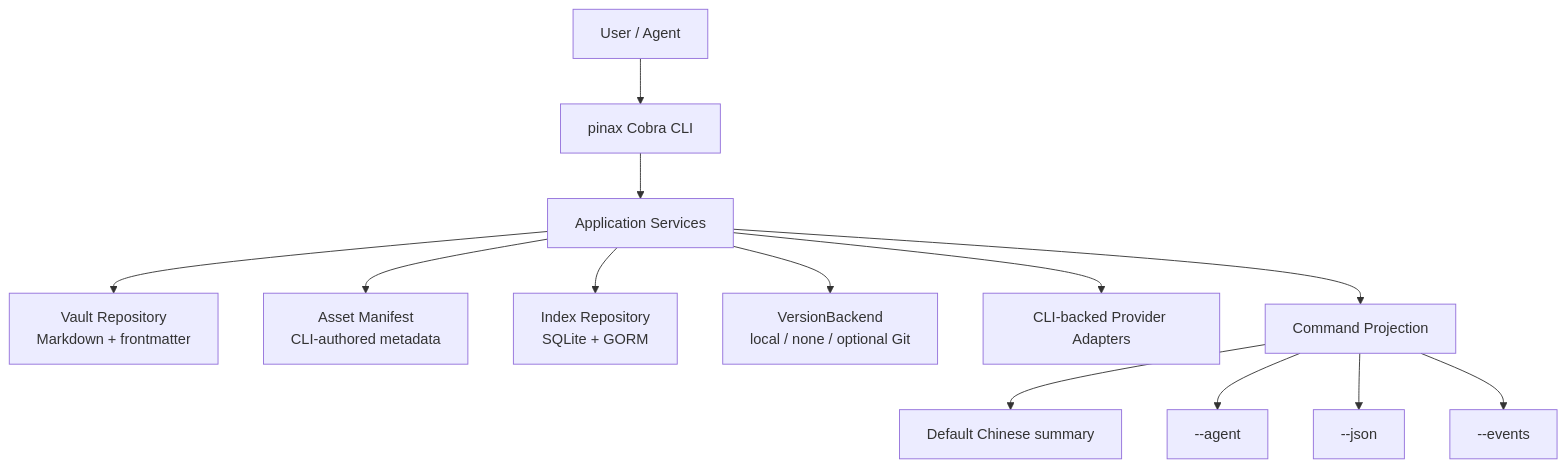
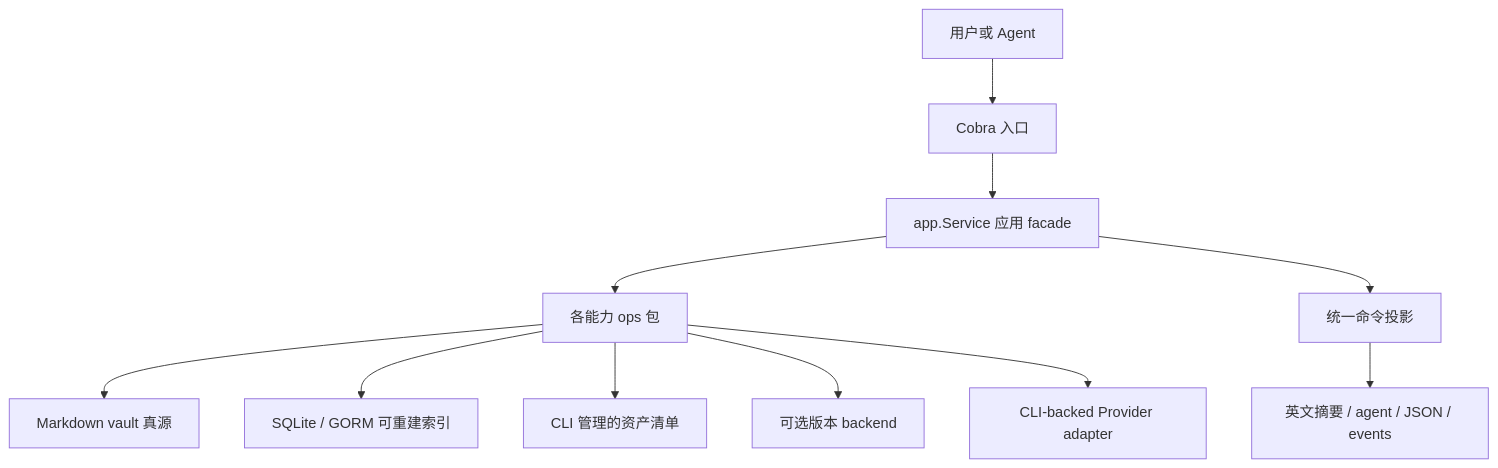
The diagram in docs/architecture/architecture-boundaries.md (yeisme/pinax), drawn with Mermaid before and after one commit. The commit also changed other lines of this file and 119 other files, not shown here.

````diff
--- a/docs/architecture/architecture-boundaries.md
+++ b/docs/architecture/architecture-boundaries.md
@@ -3,15 +3,13 @@
 ```mermaid
 flowchart TD
-  U[User / Agent] --> CLI[pinax Cobra CLI]
-  CLI --> APP[Application Services]
-  APP --> VAULT[Vault Repository\nMarkdown + frontmatter]
-  APP --> ASSET[Asset Manifest\nCLI-authored metadata]
-  APP --> INDEX[Index Repository\nSQLite + GORM]
-  APP --> VERSION[VersionBackend\nlocal / none / optional Git]
-  APP --> PROVIDER[CLI-backed Provider Adapters]
-  APP --> OUT[Command Projection]
-  OUT --> HUMAN[Default Chinese summary]
-  OUT --> AGENT[--agent]
-  OUT --> JSON[--json]
-  OUT --> EVENTS[--events]
+  User[用户或 Agent] --> CLI[Cobra 入口]
+  CLI --> App[app.Service 应用 facade]
+  App --> Ops[各能力 ops 包]
+  Ops --> Vault[Markdown vault 真源]
+  Ops --> Index[SQLite / GORM 可重建索引]
+  Ops --> Assets[CLI 管理的资产清单]
+  Ops --> Version[可选版本 backend]
+  Ops --> Provider[CLI-backed Provider adapter]
+  App --> Projection[统一命令投影]
+  Projection --> Output[英文摘要 / agent / JSON / events]
 ```
````
